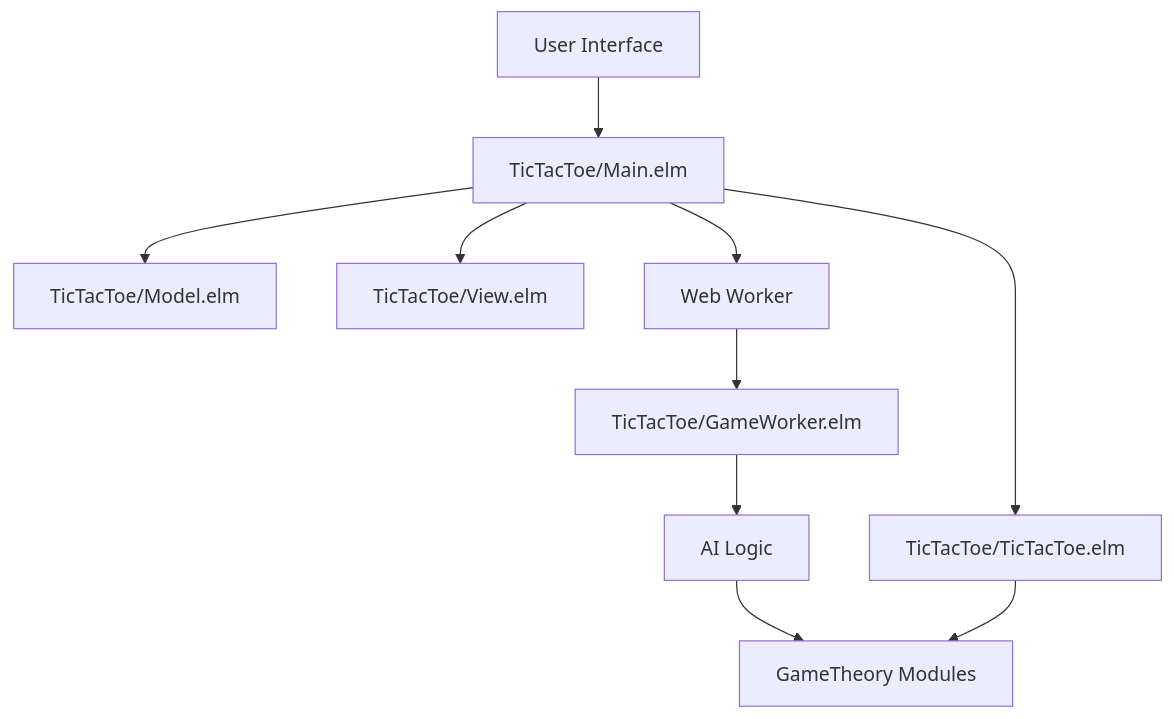
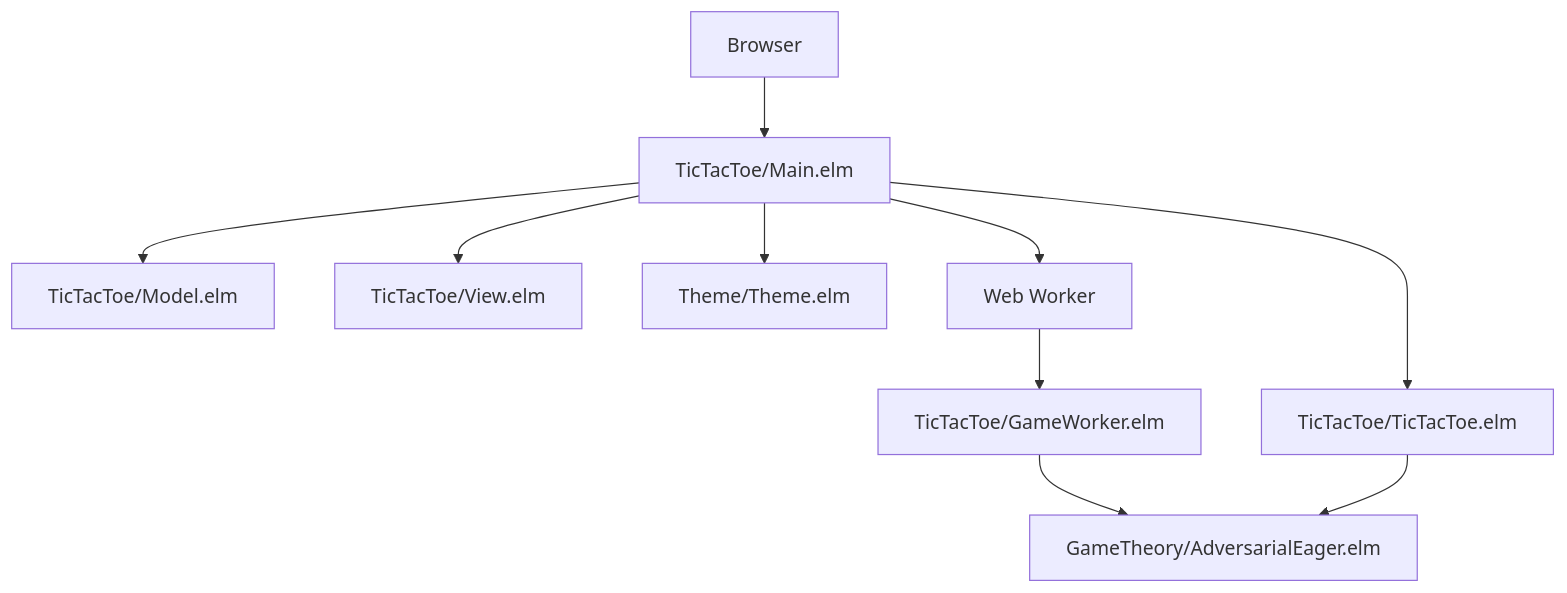
Before and after one commit to genthaler/elm-tic-tac-toe: the first of 2 diagrams in docs/specs/tic-tac-toe-game/design.md, drawn with Mermaid. The commit also changed other lines of this file and 50 other files, not shown here.

Commit message:
Implement: refocus repo on tic-tac-toe only

````diff
--- a/docs/specs/tic-tac-toe-game/design.md
+++ b/docs/specs/tic-tac-toe-game/design.md
@@ -11,12 +11,12 @@
 ```mermaid
 graph TB
-    UI[User Interface] --> Main[TicTacToe/Main.elm]
+    Browser[Browser] --> Main[TicTacToe/Main.elm]
     Main --> Model[TicTacToe/Model.elm]
     Main --> View[TicTacToe/View.elm]
+    Main --> Theme[Theme/Theme.elm]
     Main --> Worker[Web Worker]
     Worker --> GameWorker[TicTacToe/GameWorker.elm]
-    GameWorker --> AI[AI Logic]
-    AI --> GameTheory[GameTheory Modules]
-    Main --> TicTacToe[TicTacToe/TicTacToe.elm]
-    TicTacToe --> GameTheory
+    GameWorker --> AI[GameTheory/AdversarialEager.elm]
+    Main --> Logic[TicTacToe/TicTacToe.elm]
+    Logic --> AI
 ```
````
